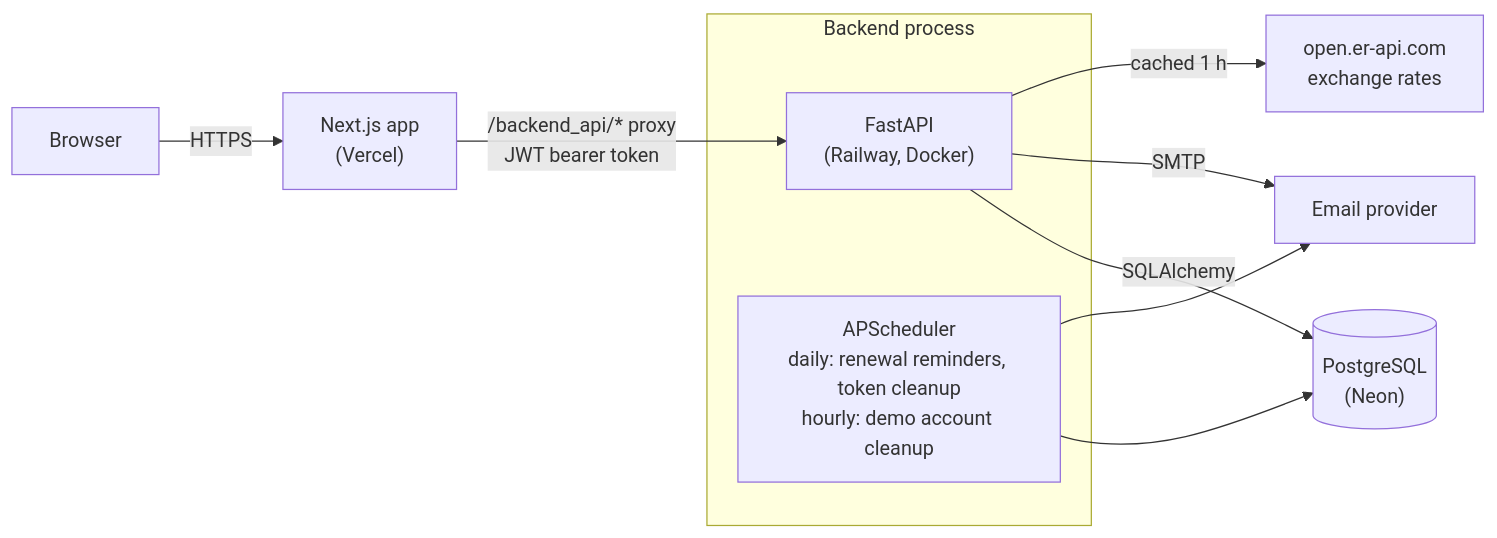
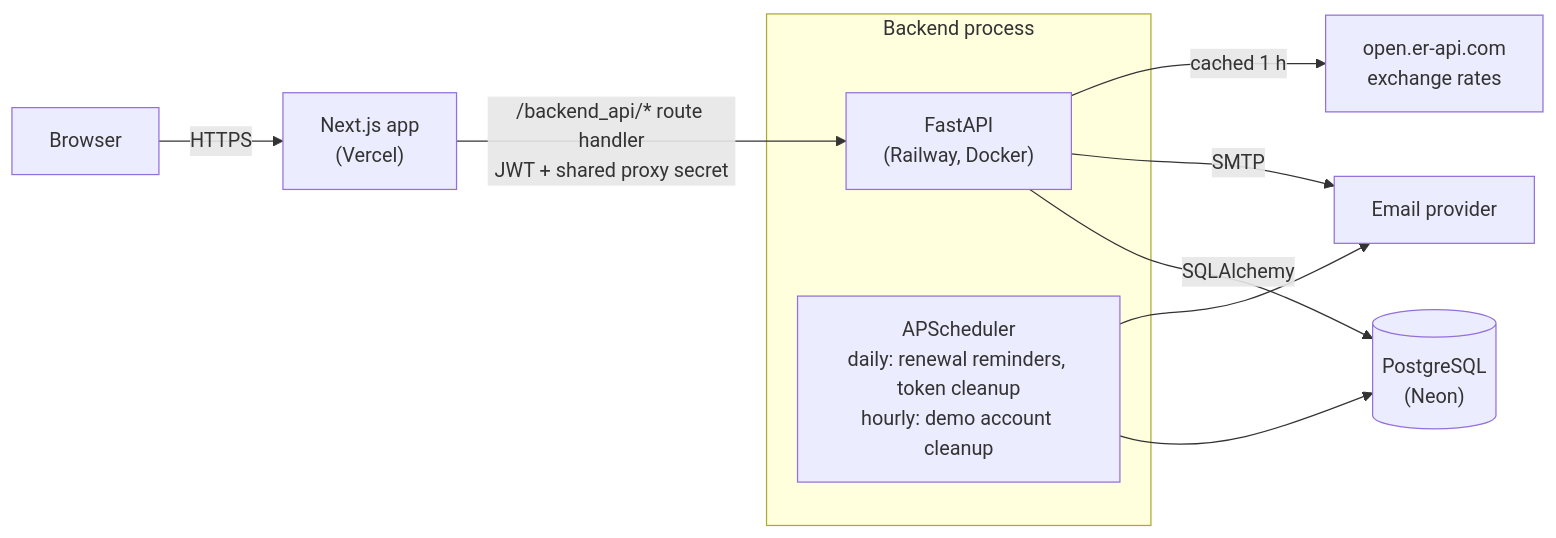
The diagram in README.md (Helios84/subsaver), drawn with Mermaid before and after one commit. The commit also changed other lines of this file and 8 other files, not shown here.

First line of the commit message:
feat(security): proxy API calls through a route with a shared secret

````diff
--- a/README.md
+++ b/README.md
@@ -85,15 +85,15 @@
 ```mermaid
 flowchart LR
     U[Browser] -->|HTTPS| FE["Next.js app<br/>(Vercel)"]
-    FE -->|"/backend_api/* proxy<br/>JWT bearer token"| API["FastAPI<br/>(Railway, Docker)"]
+    FE -->|"/backend_api/* route handler<br/>JWT + shared proxy secret"| API["FastAPI<br/>(Railway, Docker)"]
     API -->|SQLAlchemy| DB[("PostgreSQL<br/>(Neon)")]
     API -->|SMTP| MAIL[Email provider]
     API -->|"cached 1 h"| FX[open.er-api.com<br/>exchange rates]
 
     subgraph Backend process
         API
         SCH["APScheduler<br/>daily: renewal reminders, token cleanup<br/>hourly: demo account cleanup"]
     end
     SCH --> DB
     SCH --> MAIL
 ```
````
